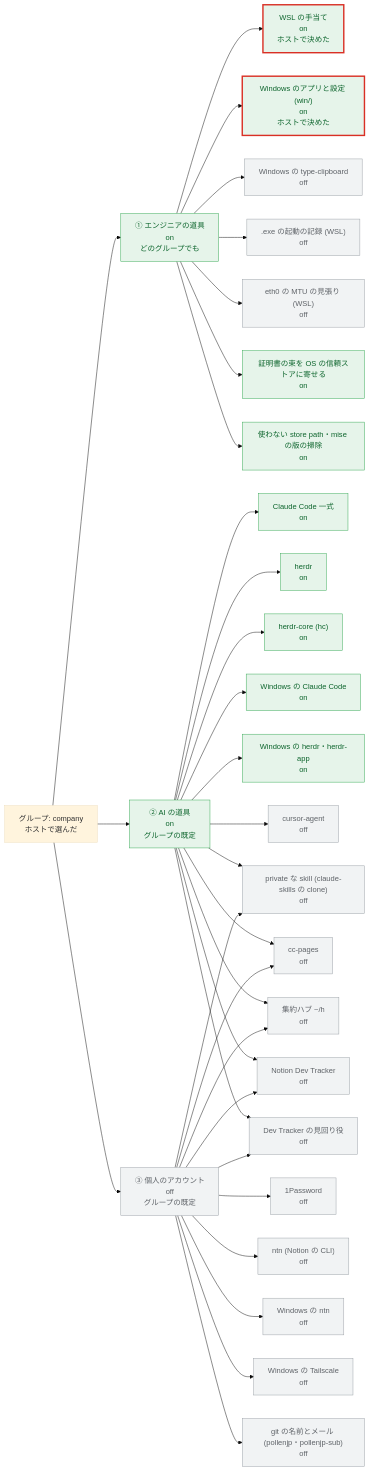
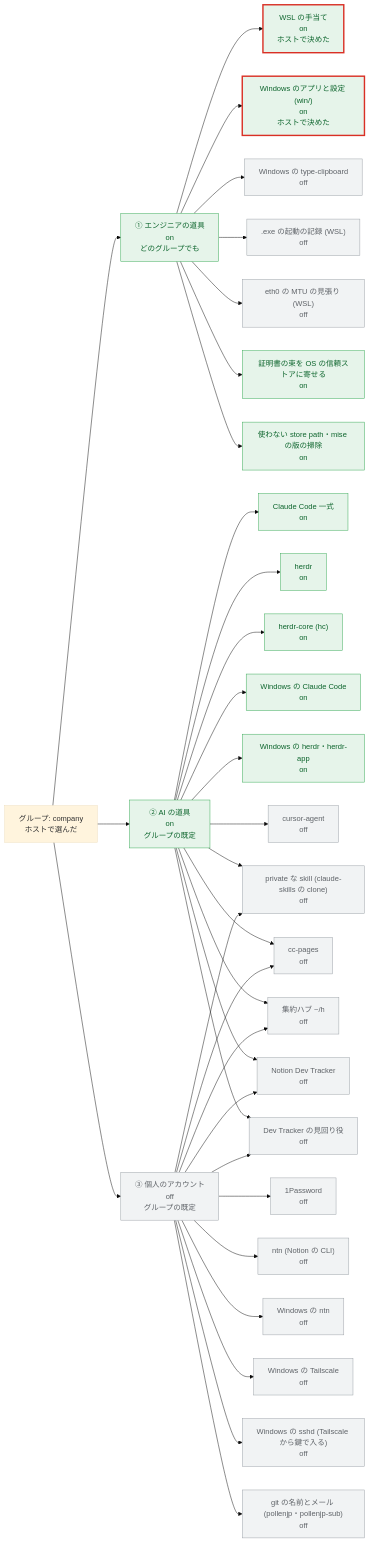
Before and after one commit to pollenjp/dotfiles: the second of 4 diagrams in nix/groups.md, drawn with Mermaid (base theme). The commit also changed other lines of this file and 8 other files, not shown here.

First line of the commit message:
feat(nix,win): Windows に sshd を入れるかの switch (wsl.windowsFiles.sshd.enable) と、入れる鍵の option を足す

````diff
--- a/nix/groups.md
+++ b/nix/groups.md
@@ -162,70 +166,72 @@
 ```mermaid
 flowchart LR
   g["グループ: company<br/>ホストで選んだ"]
   t1["① エンジニアの道具<br/>on<br/>どのグループでも"]
   t2["② AI の道具<br/>on<br/>グループの既定"]
   t3["③ 個人のアカウント<br/>off<br/>グループの既定"]
   g --> t1
   g --> t2
   g --> t3
   wsl["WSL の手当て<br/>on<br/>ホストで決めた"]
   windowsFiles["Windows のアプリと設定 (win/)<br/>on<br/>ホストで決めた"]
   windowsTypeClipboard["Windows の type-clipboard<br/>off"]
   exeExecTrace[".exe の起動の記録 (WSL)<br/>off"]
   mtuGuard["eth0 の MTU の見張り (WSL)<br/>off"]
   osCaBundle["証明書の束を OS の信頼ストアに寄せる<br/>on"]
   cleanup["使わない store path・mise の版の掃除<br/>on"]
   claude["Claude Code 一式<br/>on"]
   herdr["herdr<br/>on"]
   herdrCore["herdr-core (hc)<br/>on"]
   windowsClaudeCode["Windows の Claude Code<br/>on"]
   windowsHerdr["Windows の herdr・herdr-app<br/>on"]
   cursorAgent["cursor-agent<br/>off"]
   claudePrivateSkills["private な skill (claude-skills の clone)<br/>off"]
   ccPages["cc-pages<br/>off"]
   herdrHub["集約ハブ ~/h<br/>off"]
   devTracker["Notion Dev Tracker<br/>off"]
   devTrackerInbox["Dev Tracker の見回り役<br/>off"]
   onePassword["1Password<br/>off"]
   ntn["ntn (Notion の CLI)<br/>off"]
   windowsNtn["Windows の ntn<br/>off"]
   windowsTailscale["Windows の Tailscale<br/>off"]
+  windowsSshd["Windows の sshd (Tailscale から鍵で入る)<br/>off"]
   gitIdentity["git の名前とメール (pollenjp・pollenjp-sub)<br/>off"]
   t1 --> wsl
   t1 --> windowsFiles
   t1 --> windowsTypeClipboard
   t1 --> exeExecTrace
   t1 --> mtuGuard
   t1 --> osCaBundle
   t1 --> cleanup
   t2 --> claude
   t2 --> herdr
   t2 --> herdrCore
   t2 --> windowsClaudeCode
   t2 --> windowsHerdr
   t2 --> cursorAgent
   t2 --> claudePrivateSkills
   t3 --> claudePrivateSkills
   t2 --> ccPages
   t3 --> ccPages
   t2 --> herdrHub
   t3 --> herdrHub
   t2 --> devTracker
   t3 --> devTracker
   t2 --> devTrackerInbox
   t3 --> devTrackerInbox
   t3 --> onePassword
   t3 --> ntn
   t3 --> windowsNtn
   t3 --> windowsTailscale
+  t3 --> windowsSshd
   t3 --> gitIdentity
   classDef on fill:#e6f4ea,stroke:#34a853,color:#0d652d
   classDef off fill:#f1f3f4,stroke:#9aa0a6,color:#5f6368
   classDef na fill:#ffffff,stroke:#bdc1c6,color:#9aa0a6,stroke-dasharray:4 3
   classDef onHost fill:#e6f4ea,stroke:#d93025,stroke-width:3px,color:#0d652d
   classDef offHost fill:#f1f3f4,stroke:#d93025,stroke-width:3px,color:#5f6368
   classDef naHost fill:#ffffff,stroke:#d93025,stroke-width:3px,color:#9aa0a6,stroke-dasharray:4 3
   class t1,t2,osCaBundle,cleanup,claude,herdr,herdrCore,windowsClaudeCode,windowsHerdr on
-  class t3,windowsTypeClipboard,exeExecTrace,mtuGuard,cursorAgent,claudePrivateSkills,ccPages,herdrHub,devTracker,devTrackerInbox,onePassword,ntn,windowsNtn,windowsTailscale,gitIdentity off
+  class t3,windowsTypeClipboard,exeExecTrace,mtuGuard,cursorAgent,claudePrivateSkills,ccPages,herdrHub,devTracker,devTrackerInbox,onePassword,ntn,windowsNtn,windowsTailscale,windowsSshd,gitIdentity off
   class wsl,windowsFiles onHost
 ```
````
